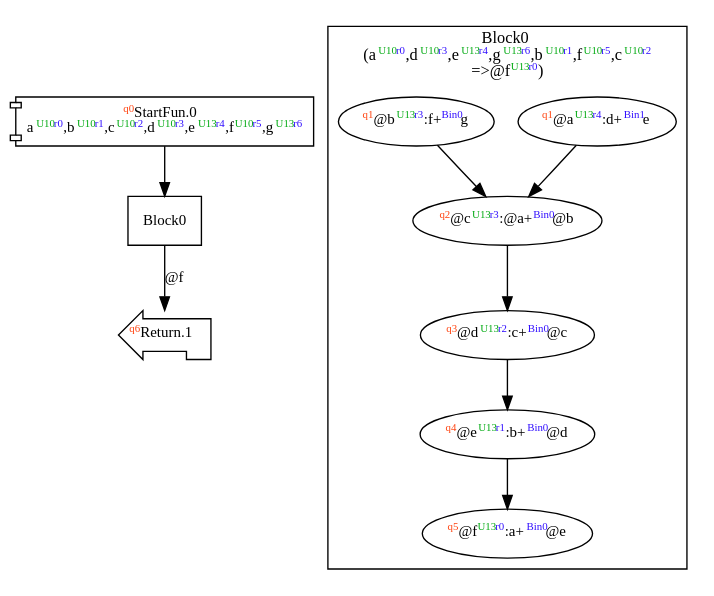
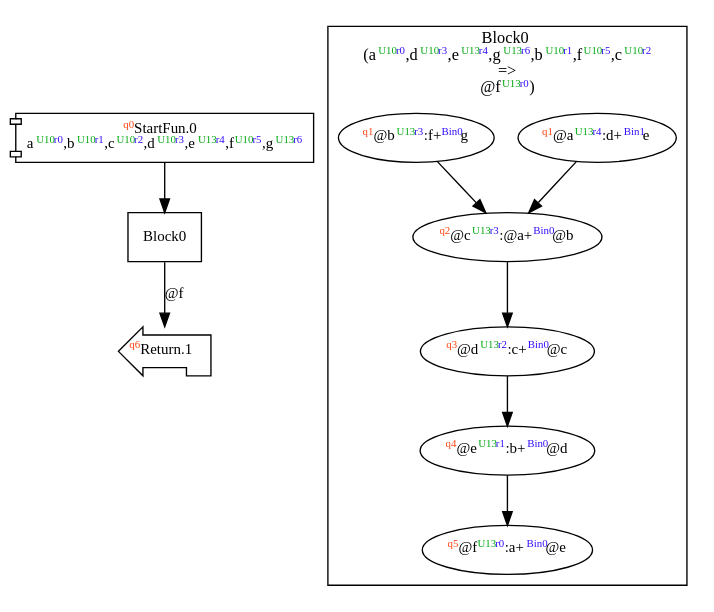
The diagram in dist/add7.dot (akouryy/SyntheScala), drawn with Graphviz before and after one commit. The commit also changed 23 other files, not shown here.

```diff
--- a/dist/add7.dot
+++ b/dist/add7.dot
@@ -1,25 +1,25 @@
 digraph Program_ {
   graph [fontname = "Monaco", fontsize = 12, ranksep = 0.5];
   node [shape = box, fontname = "Monaco", fontsize = 11; colorscheme = pastel19];
   edge [fontname = "Monaco", fontsize = 11; colorscheme = pastel19];
   Jump0[label = <<font color="#ff4411" point-size="8"><sup>q0</sup></font>StartFun.0<br/>a<font color="#00aa11" point-size="8"><sup>U10</sup></font><font color="#3311ff" point-size="8"><sup>r0</sup></font>,b<font color="#00aa11" point-size="8"><sup>U10</sup></font><font color="#3311ff" point-size="8"><sup>r1</sup></font>,c<font color="#00aa11" point-size="8"><sup>U10</sup></font><font color="#3311ff" point-size="8"><sup>r2</sup></font>,d<font color="#00aa11" point-size="8"><sup>U10</sup></font><font color="#3311ff" point-size="8"><sup>r3</sup></font>,e<font color="#00aa11" point-size="8"><sup>U13</sup></font><font color="#3311ff" point-size="8"><sup>r4</sup></font>,f<font color="#00aa11" point-size="8"><sup>U10</sup></font><font color="#3311ff" point-size="8"><sup>r5</sup></font>,g<font color="#00aa11" point-size="8"><sup>U13</sup></font><font color="#3311ff" point-size="8"><sup>r6</sup></font>>; shape = component];
   Jump0 -> Block0;
   Jump1[label = <<font color="#ff4411" point-size="8"><sup>q6</sup></font>Return.1>; shape = lpromoter];
   Block0 -> Jump1 [label=<@f>];
   Block0 [label = "Block0"];
   subgraph cluster_dfg_Block0 {
     node [shape = oval];
-    label = <Block0<br/>(a<font color="#00aa11" point-size="8"><sup>U10</sup></font><font color="#3311ff" point-size="8"><sup>r0</sup></font>,d<font color="#00aa11" point-size="8"><sup>U10</sup></font><font color="#3311ff" point-size="8"><sup>r3</sup></font>,e<font color="#00aa11" point-size="8"><sup>U13</sup></font><font color="#3311ff" point-size="8"><sup>r4</sup></font>,g<font color="#00aa11" point-size="8"><sup>U13</sup></font><font color="#3311ff" point-size="8"><sup>r6</sup></font>,b<font color="#00aa11" point-size="8"><sup>U10</sup></font><font color="#3311ff" point-size="8"><sup>r1</sup></font>,f<font color="#00aa11" point-size="8"><sup>U10</sup></font><font color="#3311ff" point-size="8"><sup>r5</sup></font>,c<font color="#00aa11" point-size="8"><sup>U10</sup></font><font color="#3311ff" point-size="8"><sup>r2</sup></font><br/>=&gt;@f<font color="#00aa11" point-size="8"><sup>U13</sup></font><font color="#3311ff" point-size="8"><sup>r0</sup></font>)>;
+    label = <Block0<br/>(a<font color="#00aa11" point-size="8"><sup>U10</sup></font><font color="#3311ff" point-size="8"><sup>r0</sup></font>,d<font color="#00aa11" point-size="8"><sup>U10</sup></font><font color="#3311ff" point-size="8"><sup>r3</sup></font>,e<font color="#00aa11" point-size="8"><sup>U13</sup></font><font color="#3311ff" point-size="8"><sup>r4</sup></font>,g<font color="#00aa11" point-size="8"><sup>U13</sup></font><font color="#3311ff" point-size="8"><sup>r6</sup></font>,b<font color="#00aa11" point-size="8"><sup>U10</sup></font><font color="#3311ff" point-size="8"><sup>r1</sup></font>,f<font color="#00aa11" point-size="8"><sup>U10</sup></font><font color="#3311ff" point-size="8"><sup>r5</sup></font>,c<font color="#00aa11" point-size="8"><sup>U10</sup></font><font color="#3311ff" point-size="8"><sup>r2</sup></font><br/>=&gt;<br/>@f<font color="#00aa11" point-size="8"><sup>U13</sup></font><font color="#3311ff" point-size="8"><sup>r0</sup></font>)>;
     0 [label=<<font color="#ff4411" point-size="8"><sup>q1</sup></font>@a<font color="#00aa11" point-size="8"><sup>U13</sup></font><font color="#3311ff" point-size="8"><sup>r4</sup></font>:d+<font color="#3311ff" point-size="8"><sup>Bin1</sup></font>e>];
     5 [label=<<font color="#ff4411" point-size="8"><sup>q5</sup></font>@f<font color="#00aa11" point-size="8"><sup>U13</sup></font><font color="#3311ff" point-size="8"><sup>r0</sup></font>:a+<font color="#3311ff" point-size="8"><sup>Bin0</sup></font>@e>];
     1 [label=<<font color="#ff4411" point-size="8"><sup>q1</sup></font>@b<font color="#00aa11" point-size="8"><sup>U13</sup></font><font color="#3311ff" point-size="8"><sup>r3</sup></font>:f+<font color="#3311ff" point-size="8"><sup>Bin0</sup></font>g>];
     2 [label=<<font color="#ff4411" point-size="8"><sup>q2</sup></font>@c<font color="#00aa11" point-size="8"><sup>U13</sup></font><font color="#3311ff" point-size="8"><sup>r3</sup></font>:@a+<font color="#3311ff" point-size="8"><sup>Bin0</sup></font>@b>];
     3 [label=<<font color="#ff4411" point-size="8"><sup>q3</sup></font>@d<font color="#00aa11" point-size="8"><sup>U13</sup></font><font color="#3311ff" point-size="8"><sup>r2</sup></font>:c+<font color="#3311ff" point-size="8"><sup>Bin0</sup></font>@c>];
     4 [label=<<font color="#ff4411" point-size="8"><sup>q4</sup></font>@e<font color="#00aa11" point-size="8"><sup>U13</sup></font><font color="#3311ff" point-size="8"><sup>r1</sup></font>:b+<font color="#3311ff" point-size="8"><sup>Bin0</sup></font>@d>];
     0 -> 2;
     1 -> 2;
     2 -> 3;
     3 -> 4;
     4 -> 5;
   }
 }
```
